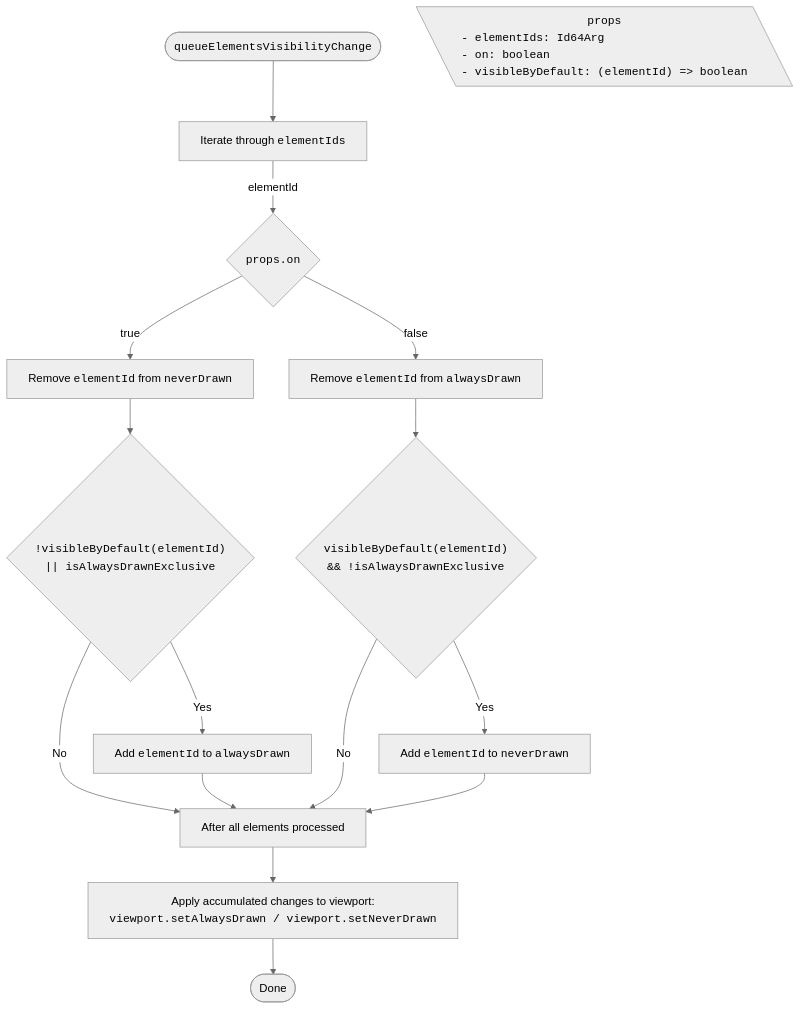
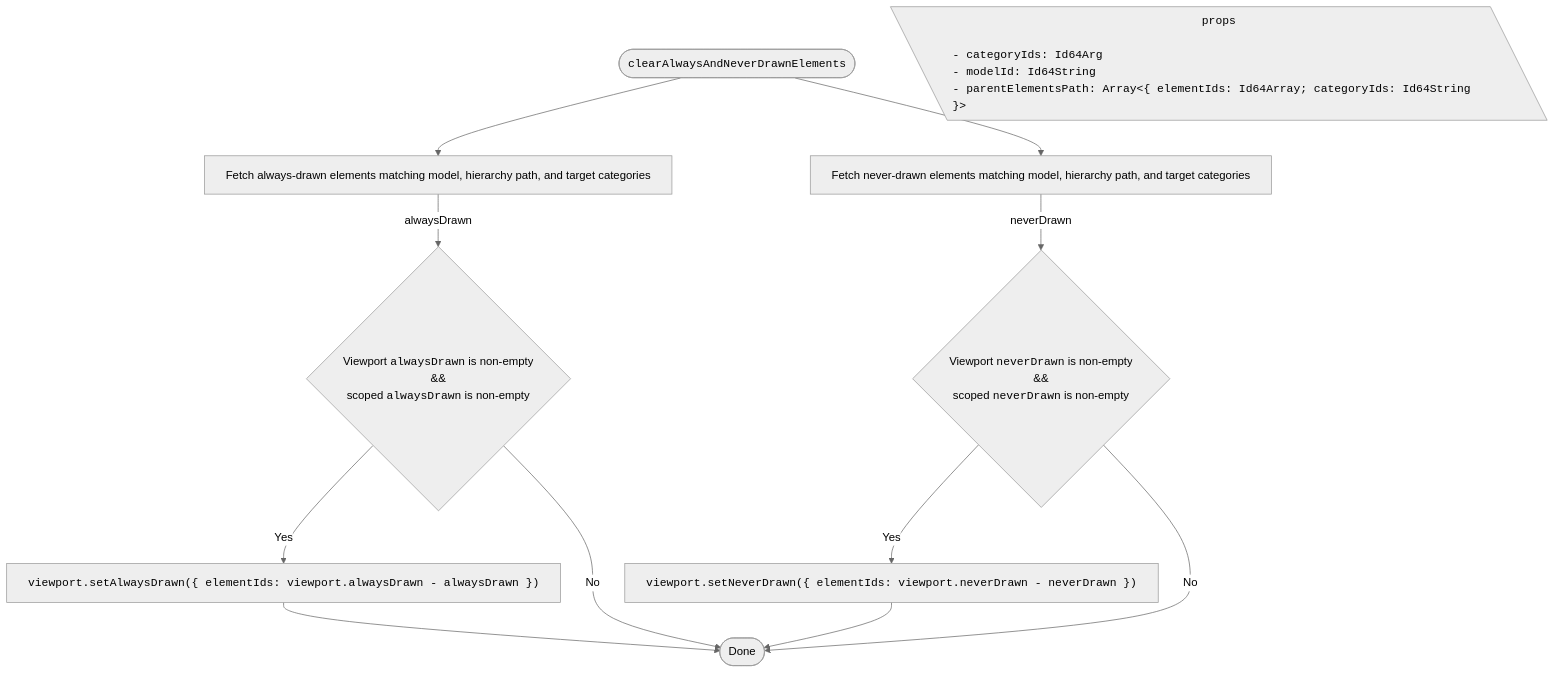
Before and after one commit to iTwin/viewer-components-react: diagram 16 of 17 in packages/itwin/tree-widget/docs/SharedVisibilityHandling.md, drawn with Mermaid (neutral theme). The commit also changed other lines of this file and 4 other files, not shown here.

First line of the commit message:
[Tree widget]: update mermaid diagrams on `next` (#1744)

````diff
--- a/packages/itwin/tree-widget/docs/SharedVisibilityHandling.md
+++ b/packages/itwin/tree-widget/docs/SharedVisibilityHandling.md
@@ -834,38 +720,29 @@
 ```mermaid
 ---
 config:
   flowchart:
     wrappingWidth: 750
     useMaxWidth: false
 ---
 
 flowchart TD
   RESULT_Done([Done])
 
   %% Start
-  TITLE(["<span style='font-family: monospace;'>queueElementsVisibilityChange</span>"]) --> A["Iterate through <span style='font-family: monospace;'>elementIds</span>"]
+  TITLE(["<span style='font-family: monospace;'>clearAlwaysAndNeverDrawnElements</span>"]) --> A["Fetch always-drawn elements matching model, hierarchy path, and target categories"]
+  TITLE --> B["Fetch never-drawn elements matching model, hierarchy path, and target categories"]
 
   PROPS[\"
     <span style='font-family: monospace;'>props</span>
-    <span style='display: block; text-align: left; font-family: monospace;'>- elementIds: Id64Arg<br/> - on: boolean<br/> - visibleByDefault: (elementId) => boolean</span>
+    <span style='display: block; text-align: left; font-family: monospace;'>- categoryIds: Id64Arg<br/>- modelId: Id64String<br/>- parentElementsPath: Array&lt;{ elementIds: Id64Array; categoryIds: Id64String }&gt;</span>
   "\]
 
-  A -- elementId --> B{"<span style='font-family: monospace;'>props.on</span>"}
-
-  %% Turn on
-  B -- true --> C1["Remove <span style='font-family: monospace;'>elementId</span> from <span style='font-family: monospace;'>neverDrawn</span>"]
-  C1 --> D1{"<span style='font-family: monospace;'>!visibleByDefault(elementId)<br/> || isAlwaysDrawnExclusive</span>"}
-  D1 -- Yes --> E1["Add <span style='font-family: monospace;'>elementId</span> to <span style='font-family: monospace;'>alwaysDrawn</span>"]
-  D1 -- No --> F
-  E1 --> F
-
-  %% Turn off
-  B -- false --> C2["Remove <span style='font-family: monospace;'>elementId</span> from <span style='font-family: monospace;'>alwaysDrawn</span>"]
-  C2 --> D2{"<span style='font-family: monospace;'>visibleByDefault(elementId)<br/> && !isAlwaysDrawnExclusive</span>"}
-  D2 -- Yes --> E2["Add <span style='font-family: monospace;'>elementId</span> to <span style='font-family: monospace;'>neverDrawn</span>"]
-  D2 -- No --> F
-  E2 --> F
-
-  F["After all elements processed"] --> G["Apply accumulated changes to viewport:<br/><span style='font-family: monospace;'>viewport.setAlwaysDrawn / viewport.setNeverDrawn</span>"]
-  G --> RESULT_Done
+  A -- alwaysDrawn --> C{"Viewport <span style='font-family: monospace;'>alwaysDrawn</span> is non-empty<br/>&&<br/>scoped <span style='font-family: monospace;'>alwaysDrawn</span> is non-empty"}
+  C -- Yes --> C1["<span style='font-family: monospace;'>viewport.setAlwaysDrawn({ elementIds: viewport.alwaysDrawn - alwaysDrawn })</span>"]
+  C -- No --> RESULT_Done
+  B -- neverDrawn --> D{"Viewport <span style='font-family: monospace;'>neverDrawn</span> is non-empty<br/>&&<br/>scoped <span style='font-family: monospace;'>neverDrawn</span> is non-empty"}
+  D -- Yes --> D1["<span style='font-family: monospace;'>viewport.setNeverDrawn({ elementIds: viewport.neverDrawn - neverDrawn })</span>"]
+  D -- No --> RESULT_Done
+  C1 --> RESULT_Done
+  D1 --> RESULT_Done
 ```
````
